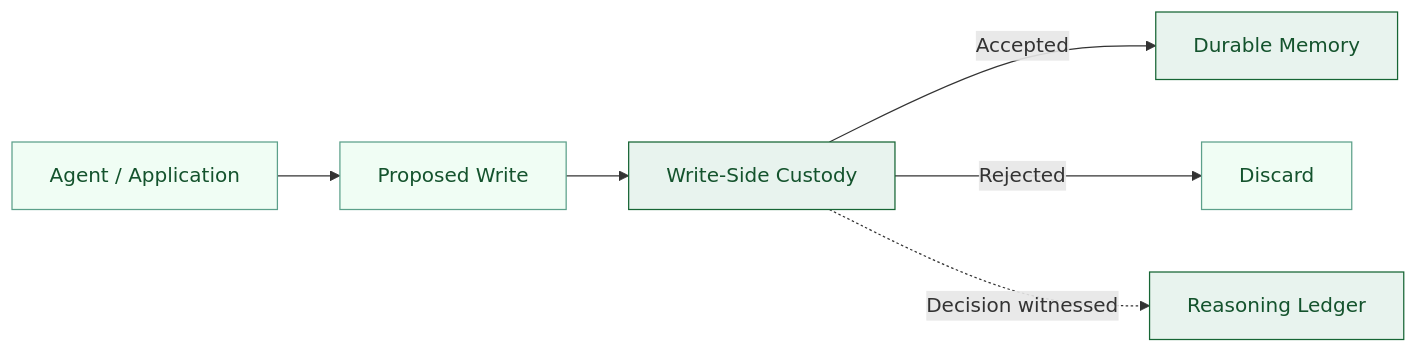
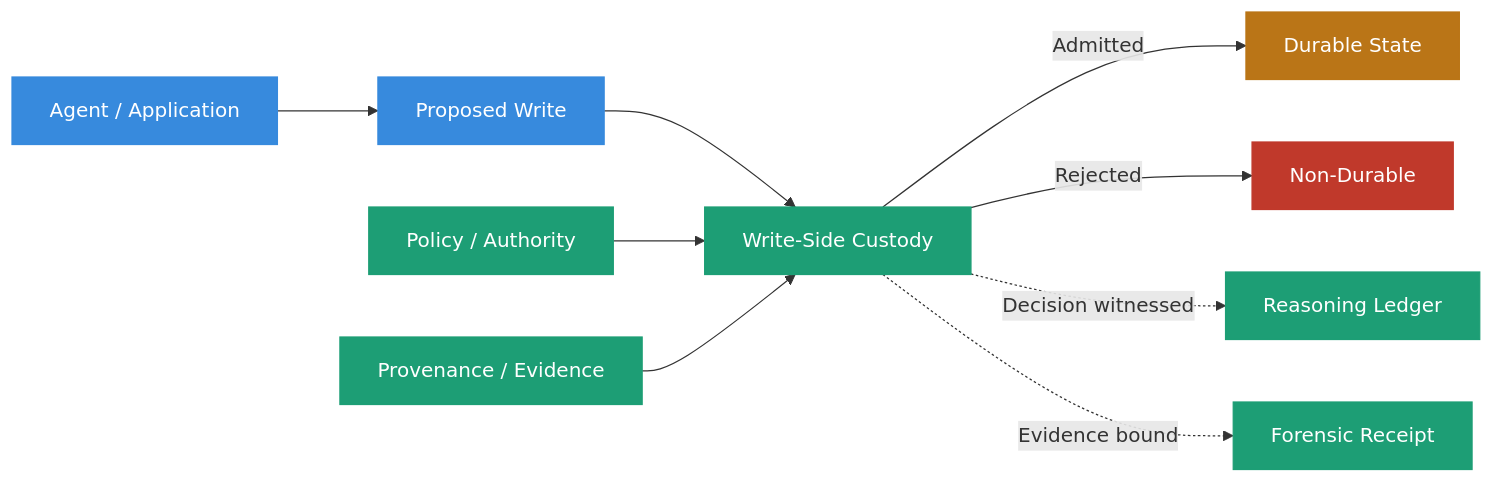
One commit to kenwalger/sovereign-system-spec changed the first of 5 diagrams in terms/write-side-custody.md. Above: the diagram before and after it, drawn with Mermaid. The commit also changed other lines of this file and 13 other files, not shown here.

````diff
--- a/terms/write-side-custody.md
+++ b/terms/write-side-custody.md
@@ -80,14 +45,25 @@
-``` mermaid
+```mermaid
 flowchart LR
     A["Agent / Application"] --> B["Proposed Write"]
     B --> C["Write-Side Custody"]
-    C -->|"Accepted"| D["Durable Memory"]
-    C -->|"Rejected"| E["Discard"]
+
+    P["Policy / Authority"] --> C
+    E["Provenance / Evidence"] --> C
+
+    C -->|"Admitted"| D["Durable State"]
+    C -->|"Rejected"| X["Non-Durable"]
+
     C -.->|"Decision witnessed"| F["Reasoning Ledger"]
+    C -.->|"Evidence bound"| R["Forensic Receipt"]
 
-    classDef primary fill:#E8F3EE,stroke:#166534,color:#14532D
-    classDef secondary fill:#F0FDF4,stroke:#5CA08A,color:#14532D
+    classDef capture fill:#378ADD,stroke:#378ADD,color:#FFFFFF
+    classDef governance fill:#1D9E75,stroke:#1D9E75,color:#FFFFFF
+    classDef memory fill:#BA7517,stroke:#BA7517,color:#FFFFFF
+    classDef boundary fill:#6B7280,stroke:#6B7280,color:#FFFFFF
+    classDef failure fill:#C0392B,stroke:#C0392B,color:#FFFFFF
 
-    class C,D,F primary
-    class A,B,E secondary
+    class A,B capture
+    class C,P,E,F,R governance
+    class D memory
+    class X failure
 ```
````
